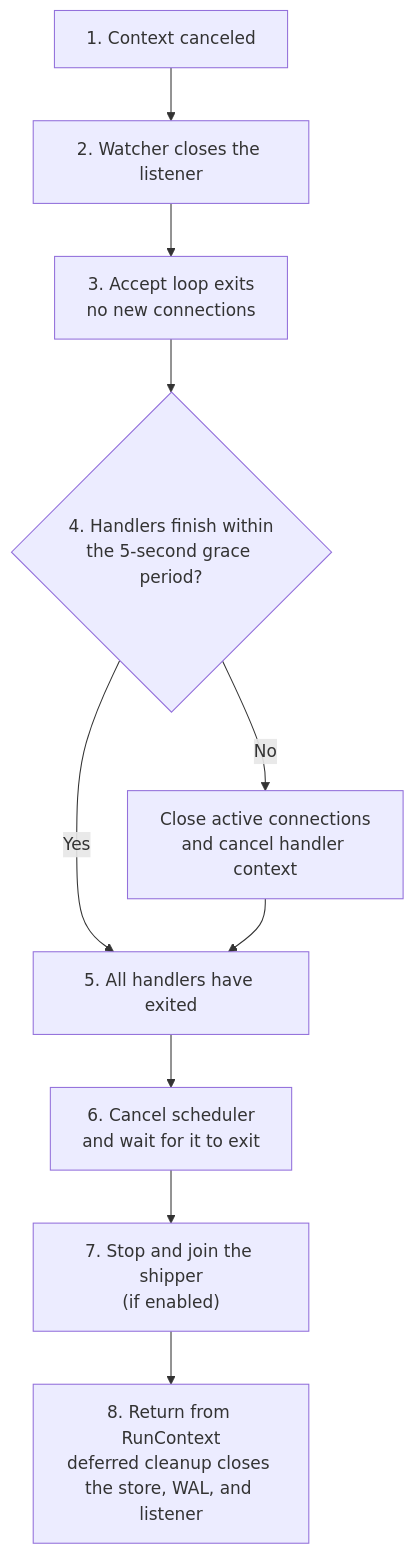
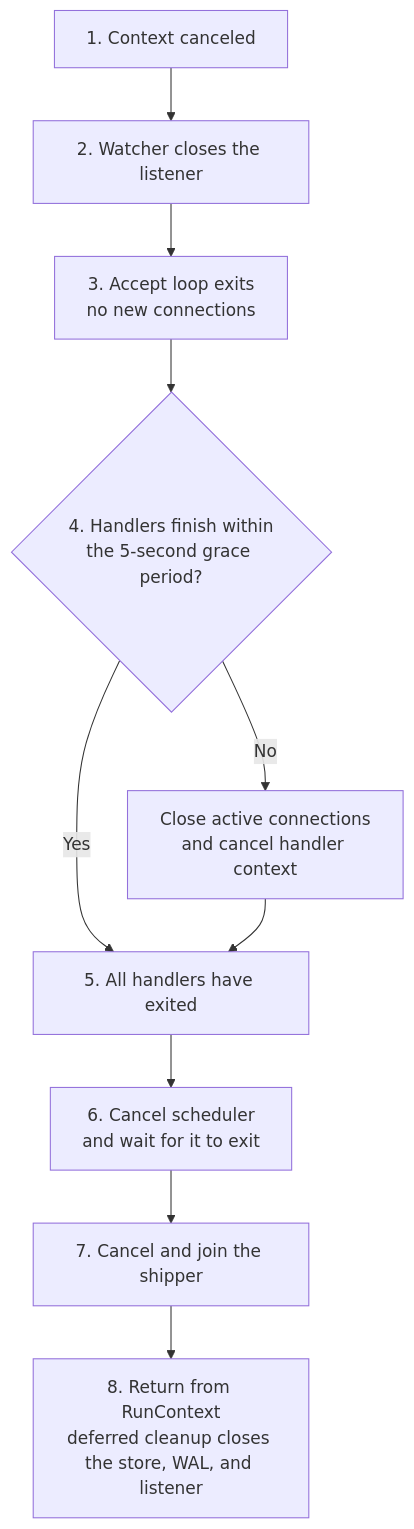
Diagram 13 of 15 in README.md (PratyushVishal11011/Fairgate), drawn with Mermaid before and after one commit. The commit also changed other lines of this file and 35 other files, not shown here.

````diff
--- a/README.md
+++ b/README.md
@@ -511,12 +559,12 @@
 ```mermaid
 flowchart TD
     A["1. Context canceled"] --> B["2. Watcher closes the listener"]
     B --> C["3. Accept loop exits<br/>no new connections"]
     C --> D{"4. Handlers finish within<br/>the 5-second grace period?"}
     D -->|"Yes"| F["5. All handlers have exited"]
     D -->|"No"| E["Close active connections<br/>and cancel handler context"]
     E --> F
     F --> G["6. Cancel scheduler<br/>and wait for it to exit"]
-    G --> G2["7. Stop and join the shipper<br/>(if enabled)"]
+    G --> G2["7. Cancel and join the shipper"]
     G2 --> H["8. Return from RunContext<br/>deferred cleanup closes the store, WAL, and listener"]
 ```
````
